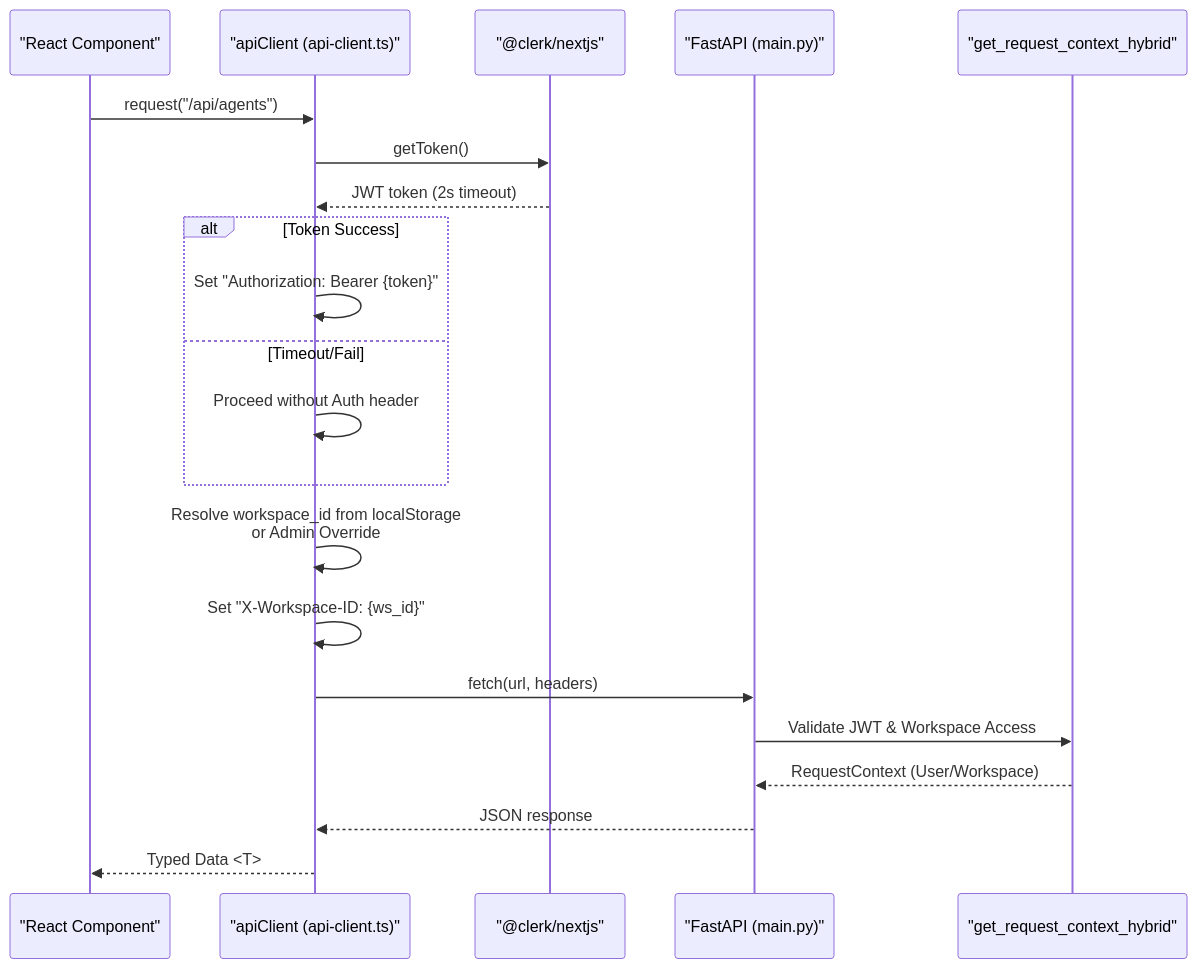
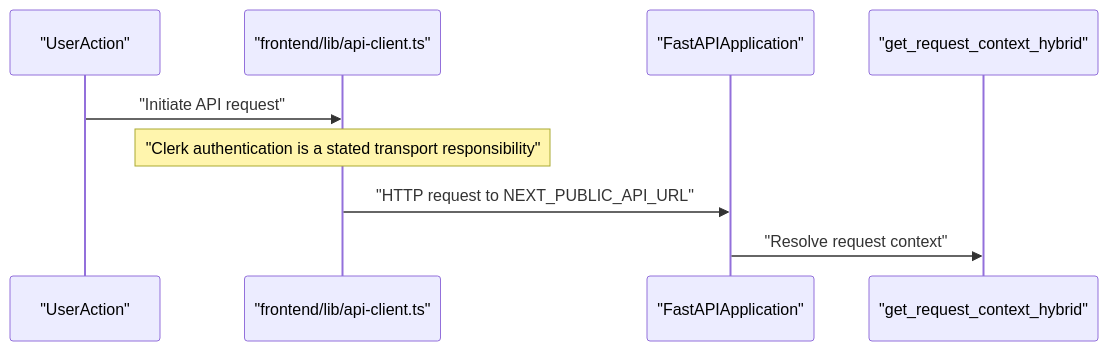
One commit to AutomatosAI/automatos-ai changed the first of 3 diagrams in docs/frontend-architecture/api-client.md. Above: the diagram before and after it, drawn with Mermaid. The commit also changed other lines of this file and 188 other files, not shown here.

First line of the commit message:
docs: refresh architecture docs and add coverage for new subsystems (#1416)

````diff
--- a/docs/frontend-architecture/api-client.md
+++ b/docs/frontend-architecture/api-client.md
@@ -88,27 +54,12 @@
 ```mermaid
 sequenceDiagram
-    participant Component as "React Component"
-    participant ApiClient as "apiClient (api-client.ts)"
-    participant ClerkAuth as "@clerk/nextjs"
-    participant Backend as "FastAPI (main.py)"
-    participant HybridAuth as "get_request_context_hybrid"
-    
-    Component->>ApiClient: request("/api/agents")
-    ApiClient->>ClerkAuth: getToken()
-    ClerkAuth-->>ApiClient: JWT token (2s timeout)
-    
-    alt Token Success
-        ApiClient->>ApiClient: Set "Authorization: Bearer {token}"
-    else Timeout/Fail
-        ApiClient->>ApiClient: Proceed without Auth header
-    end
-    
-    ApiClient->>ApiClient: Resolve workspace_id from localStorage<br/>or Admin Override
-    ApiClient->>ApiClient: Set "X-Workspace-ID: {ws_id}"
-    
-    ApiClient->>Backend: fetch(url, headers)
-    Backend->>HybridAuth: Validate JWT & Workspace Access
-    HybridAuth-->>Backend: RequestContext (User/Workspace)
-    Backend-->>ApiClient: JSON response
-    ApiClient-->>Component: Typed Data <T>
+    participant User as "UserAction"
+    participant Client as "frontend/lib/api-client.ts"
+    participant API as "FastAPIApplication"
+    participant Auth as "get_request_context_hybrid"
+
+    User->>Client: "Initiate API request"
+    Note over Client: "Clerk authentication is a stated transport responsibility"
+    Client->>API: "HTTP request to NEXT_PUBLIC_API_URL"
+    API->>Auth: "Resolve request context"
 ```
````
